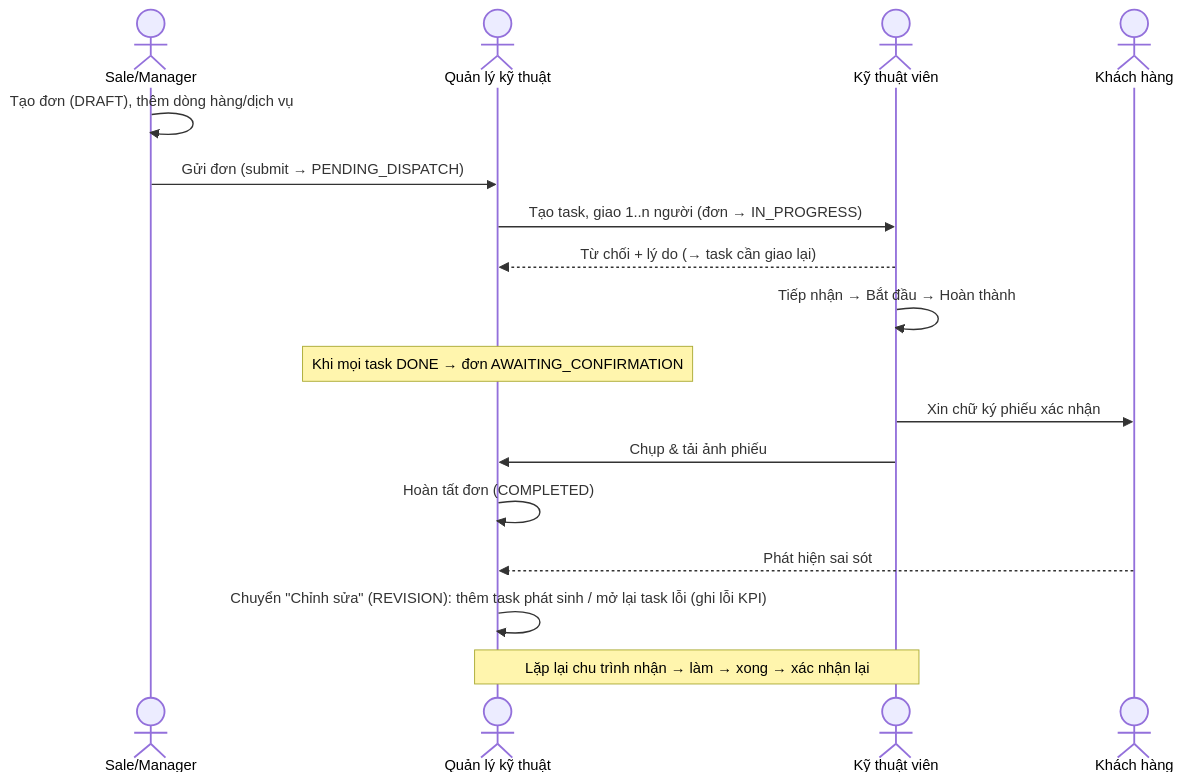
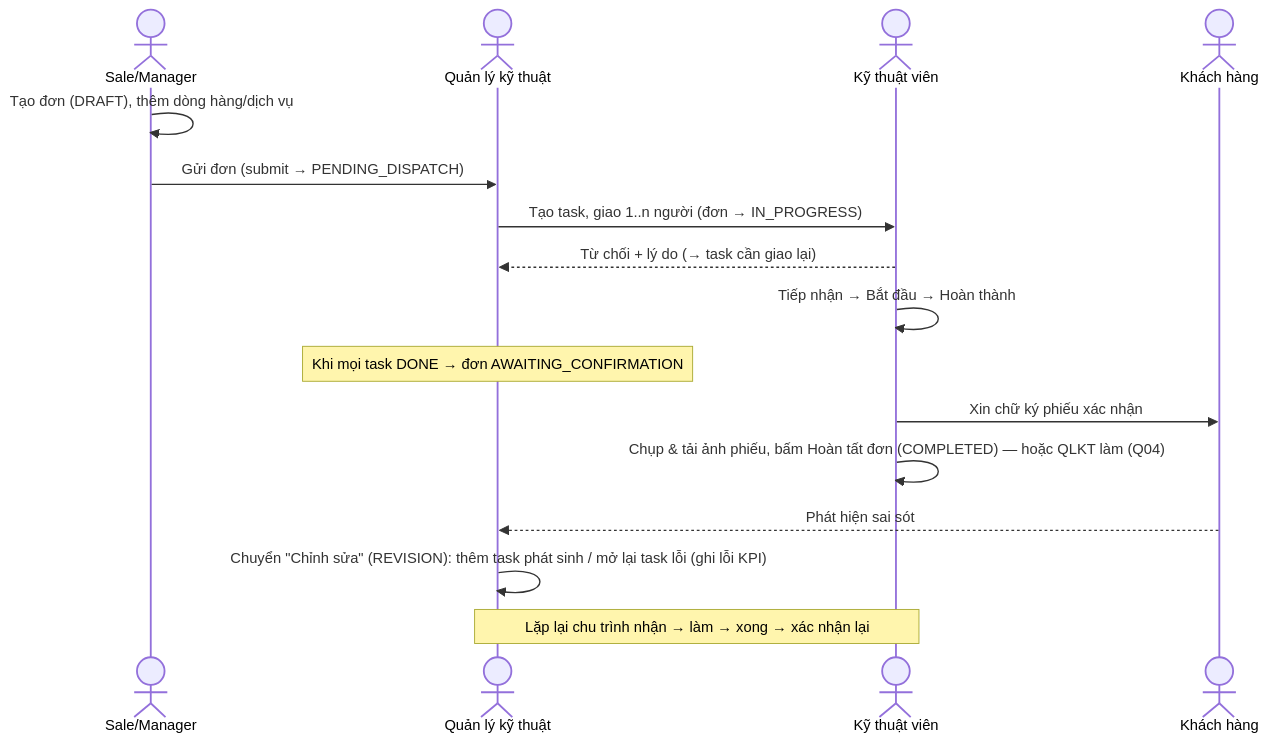
Before and after one commit to tamnguyentran/smyou-pro: the first of 3 diagrams in docs/product/WORKFLOWS.md, drawn with Mermaid. The commit also changed 11 other files, not shown here.

````diff
--- a/docs/product/WORKFLOWS.md
+++ b/docs/product/WORKFLOWS.md
@@ -7,19 +7,18 @@
 ```mermaid
 sequenceDiagram
   actor S as Sale/Manager
   actor L as Quản lý kỹ thuật
   actor T as Kỹ thuật viên
   actor C as Khách hàng
   S->>S: Tạo đơn (DRAFT), thêm dòng hàng/dịch vụ
   S->>L: Gửi đơn (submit → PENDING_DISPATCH)
   L->>T: Tạo task, giao 1..n người (đơn → IN_PROGRESS)
   T-->>L: Từ chối + lý do (→ task cần giao lại)
   T->>T: Tiếp nhận → Bắt đầu → Hoàn thành
   Note over L: Khi mọi task DONE → đơn AWAITING_CONFIRMATION
   T->>C: Xin chữ ký phiếu xác nhận
-  T->>L: Chụp & tải ảnh phiếu
-  L->>L: Hoàn tất đơn (COMPLETED)
+  T->>T: Chụp & tải ảnh phiếu, bấm Hoàn tất đơn (COMPLETED) — hoặc QLKT làm (Q04)
   C-->>L: Phát hiện sai sót
   L->>L: Chuyển "Chỉnh sửa" (REVISION): thêm task phát sinh / mở lại task lỗi (ghi lỗi KPI)
   Note over L,T: Lặp lại chu trình nhận → làm → xong → xác nhận lại
 ```
````
